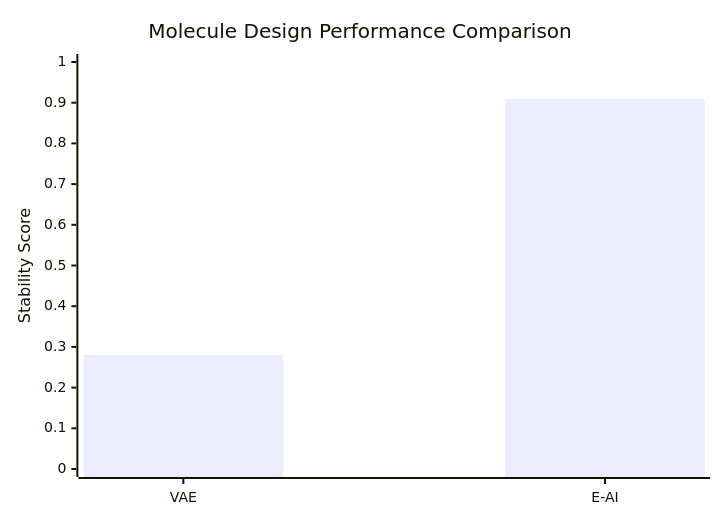
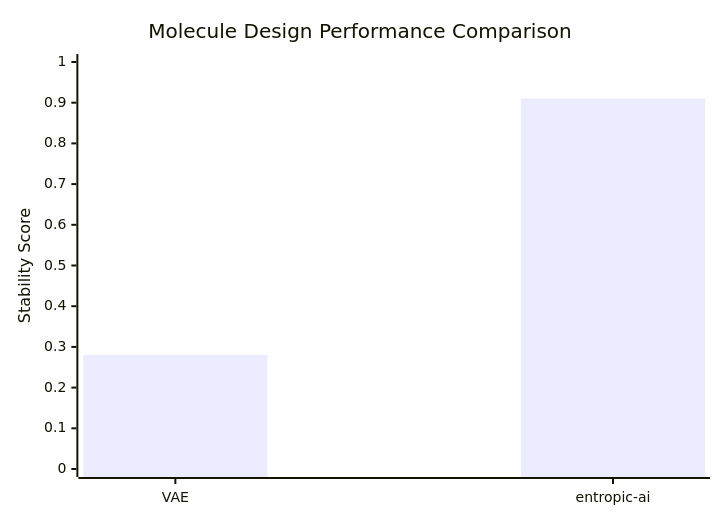
Diagram 12 of 32 in docs/about/paper.md (krish567366/Entropic-AI), drawn with Mermaid before and after one commit. The commit also changed other lines of this file and 37 other files, not shown here.

````diff
--- a/docs/about/paper.md
+++ b/docs/about/paper.md
@@ -424,7 +424,7 @@
 ```mermaid
 xychart-beta
     title "Molecule Design Performance Comparison"
-    x-axis [VAE, E-AI]
+    x-axis [VAE, entropic-ai]
     y-axis "Stability Score" 0 --> 1
     bar [0.28, 0.91]
 ```
````
